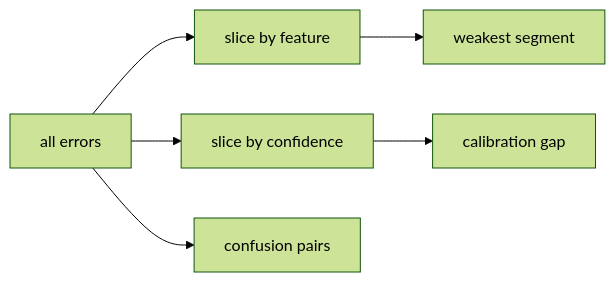
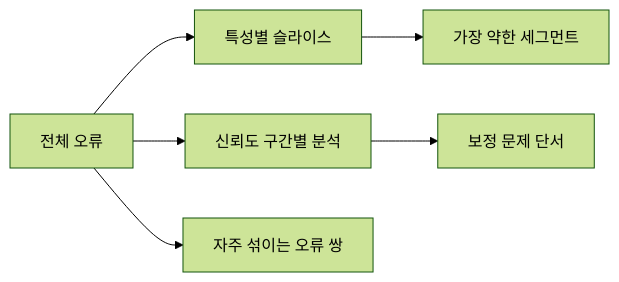
The diagram in content/model-evaluation-101/ko/09-error-analysis.md (yeongseon-books/book-content), drawn with Mermaid (forest theme) before and after one commit. The commit also changed other lines of this file and 3 other files, not shown here.

````diff
--- a/content/model-evaluation-101/ko/09-error-analysis.md
+++ b/content/model-evaluation-101/ko/09-error-analysis.md
@@ -33,8 +55,8 @@
 ```mermaid
 flowchart LR
-    All["all errors"] --> Slice["slice by feature"]
-    All --> Conf["slice by confidence"]
-    All --> Conf2["confusion pairs"]
-    Slice --> Weak["weakest segment"]
-    Conf --> Calib["calibration gap"]
+    All["전체 오류"] --> Slice["특성별 슬라이스"]
+    All --> Conf["신뢰도 구간별 분석"]
+    All --> Conf2["자주 섞이는 오류 쌍"]
+    Slice --> Weak["가장 약한 세그먼트"]
+    Conf --> Calib["보정 문제 단서"]
 ```
````
